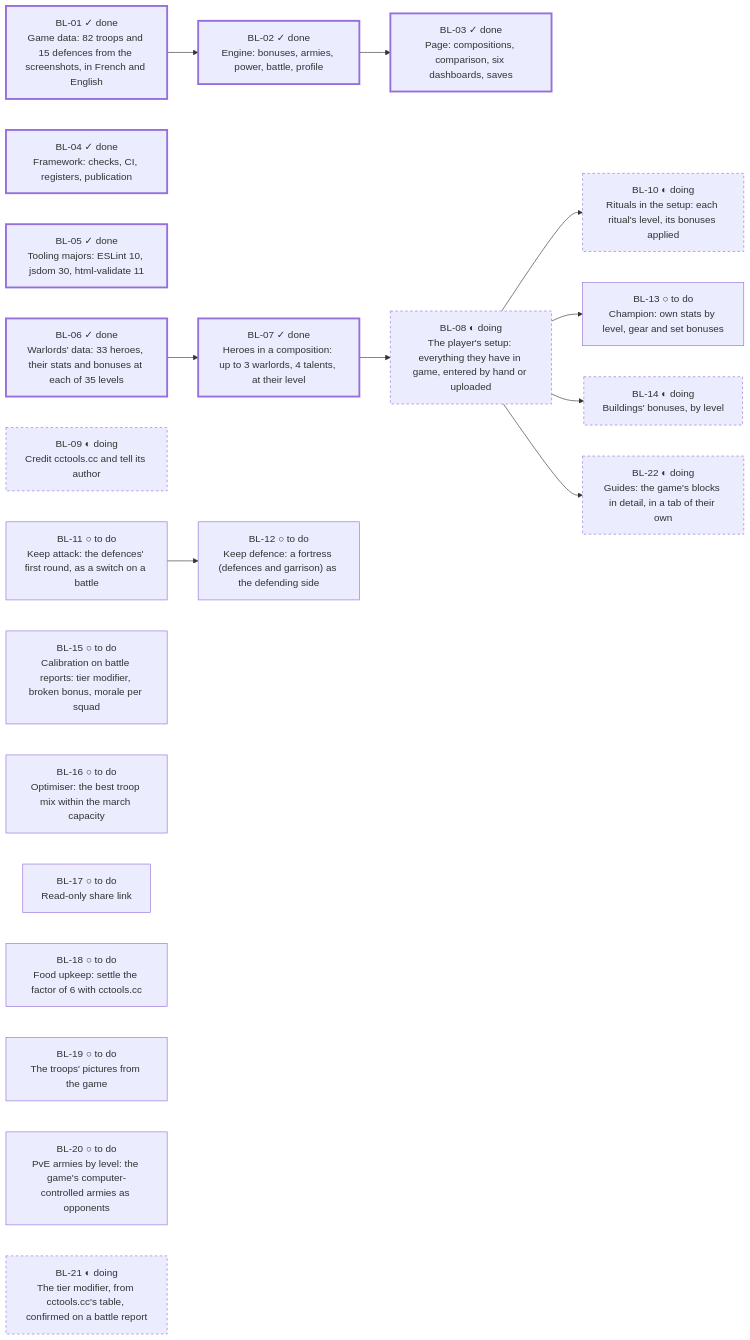
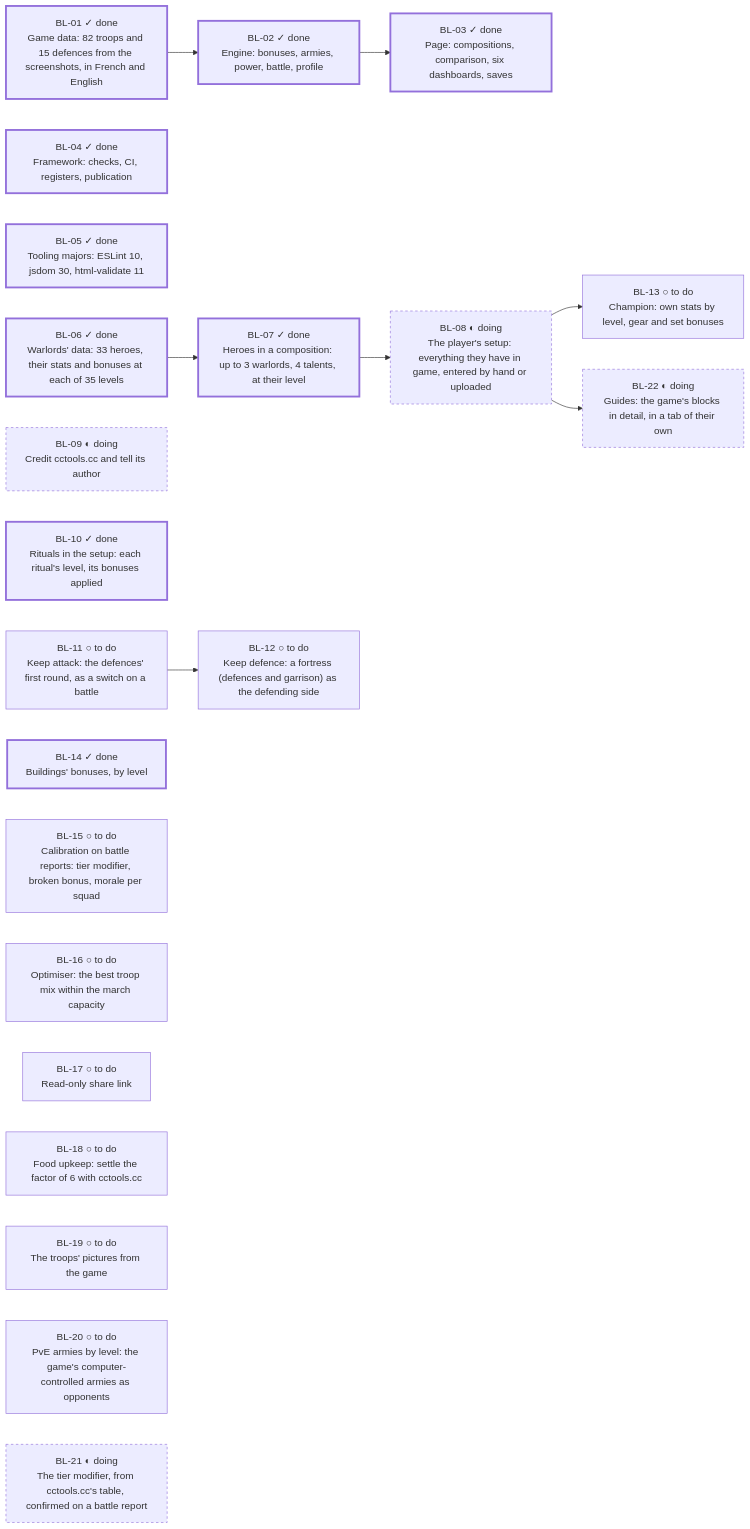
Before and after one commit to FrtZi/army-simulator: the diagram in docs/backlog.md, drawn with Mermaid. The commit also changed other lines of this file and 33 other files, not shown here.

````diff
--- a/docs/backlog.md
+++ b/docs/backlog.md
@@ -41,37 +41,35 @@
 ```mermaid
 flowchart LR
   BL01["BL-01 ✓ done<br/>Game data: 82 troops and 15 defences from the screenshots, in French and English"]:::done
   BL02["BL-02 ✓ done<br/>Engine: bonuses, armies, power, battle, profile"]:::done
   BL01 --> BL02
   BL03["BL-03 ✓ done<br/>Page: compositions, comparison, six dashboards, saves"]:::done
   BL02 --> BL03
   BL04["BL-04 ✓ done<br/>Framework: checks, CI, registers, publication"]:::done
   BL05["BL-05 ✓ done<br/>Tooling majors: ESLint 10, jsdom 30, html-validate 11"]:::done
   BL06["BL-06 ✓ done<br/>Warlords' data: 33 heroes, their stats and bonuses at each of 35 levels"]:::done
   BL07["BL-07 ✓ done<br/>Heroes in a composition: up to 3 warlords, 4 talents, at their level"]:::done
   BL06 --> BL07
   BL08["BL-08 ◐ doing<br/>The player's setup: everything they have in game, entered by hand or uploaded"]:::doing
   BL07 --> BL08
   BL09["BL-09 ◐ doing<br/>Credit cctools.cc and tell its author"]:::doing
-  BL10["BL-10 ◐ doing<br/>Rituals in the setup: each ritual's level, its bonuses applied"]:::doing
-  BL08 --> BL10
+  BL10["BL-10 ✓ done<br/>Rituals in the setup: each ritual's level, its bonuses applied"]:::done
   BL11["BL-11 ○ to do<br/>Keep attack: the defences' first round, as a switch on a battle"]:::todo
   BL12["BL-12 ○ to do<br/>Keep defence: a fortress (defences and garrison) as the defending side"]:::todo
   BL11 --> BL12
   BL13["BL-13 ○ to do<br/>Champion: own stats by level, gear and set bonuses"]:::todo
   BL08 --> BL13
-  BL14["BL-14 ◐ doing<br/>Buildings' bonuses, by level"]:::doing
-  BL08 --> BL14
+  BL14["BL-14 ✓ done<br/>Buildings' bonuses, by level"]:::done
   BL15["BL-15 ○ to do<br/>Calibration on battle reports: tier modifier, broken bonus, morale per squad"]:::todo
   BL16["BL-16 ○ to do<br/>Optimiser: the best troop mix within the march capacity"]:::todo
   BL17["BL-17 ○ to do<br/>Read-only share link"]:::todo
   BL18["BL-18 ○ to do<br/>Food upkeep: settle the factor of 6 with cctools.cc"]:::todo
   BL19["BL-19 ○ to do<br/>The troops' pictures from the game"]:::todo
   BL20["BL-20 ○ to do<br/>PvE armies by level: the game's computer-controlled armies as opponents"]:::todo
   BL21["BL-21 ◐ doing<br/>The tier modifier, from cctools.cc's table, confirmed on a battle report"]:::doing
   BL22["BL-22 ◐ doing<br/>Guides: the game's blocks in detail, in a tab of their own"]:::doing
   BL08 --> BL22
   classDef done stroke-width:3px
   classDef doing stroke-dasharray:4
   classDef todo stroke-width:1px
 ```
````
